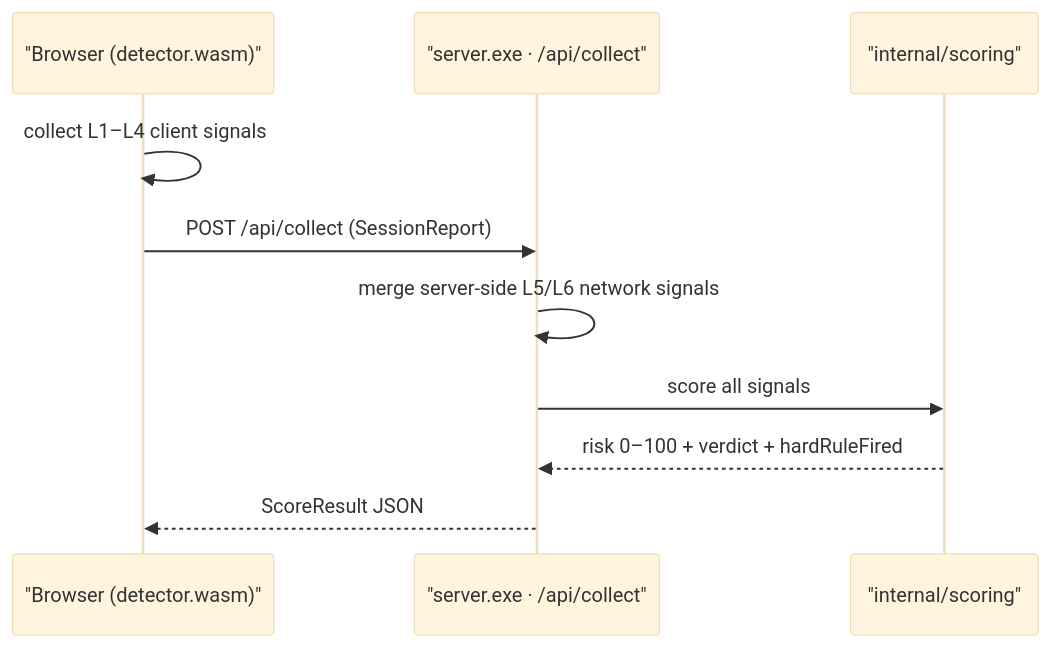
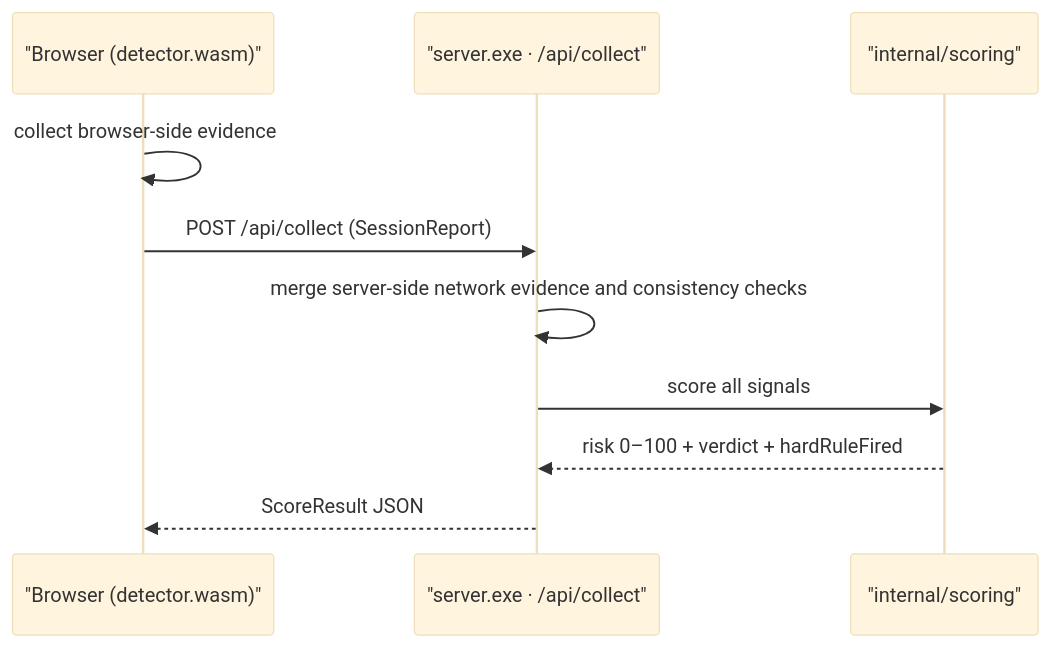
Before and after one commit to modootoday/humanymous: the diagram in docs/how-to/run-detection-engine.md, drawn with Mermaid (base theme). The commit also changed other lines of this file and 62 other files, not shown here.

````diff
--- a/docs/how-to/run-detection-engine.md
+++ b/docs/how-to/run-detection-engine.md
@@ -110,12 +110,12 @@
 ```mermaid
 sequenceDiagram
   participant B as "Browser (detector.wasm)"
   participant S as "server.exe · /api/collect"
   participant E as "internal/scoring"
-  B->>B: collect L1–L4 client signals
+  B->>B: collect browser-side evidence
   B->>S: POST /api/collect (SessionReport)
-  S->>S: merge server-side L5/L6 network signals
+  S->>S: merge server-side network evidence and consistency checks
   S->>E: score all signals
   E-->>S: risk 0–100 + verdict + hardRuleFired
   S-->>B: ScoreResult JSON
 ```
````
